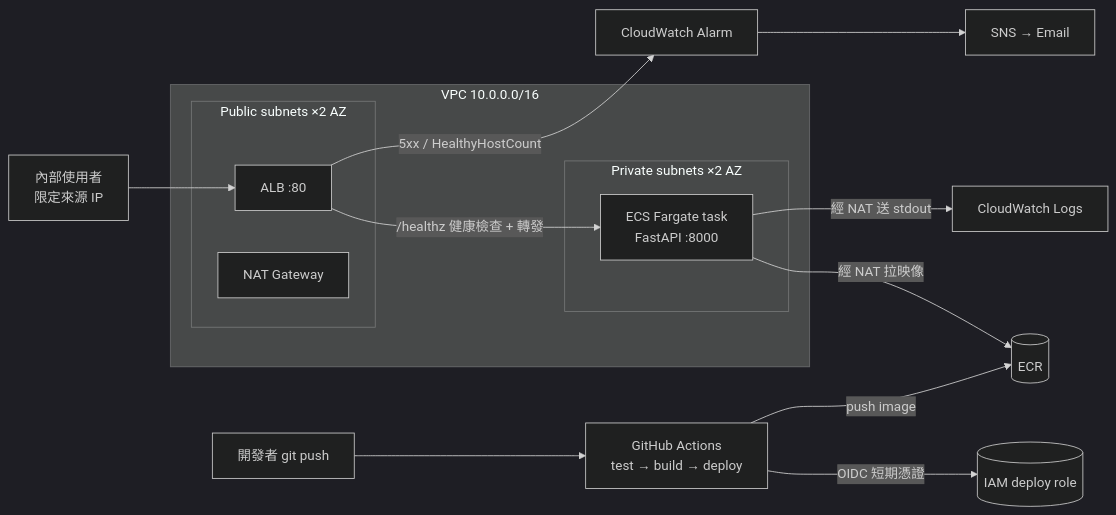
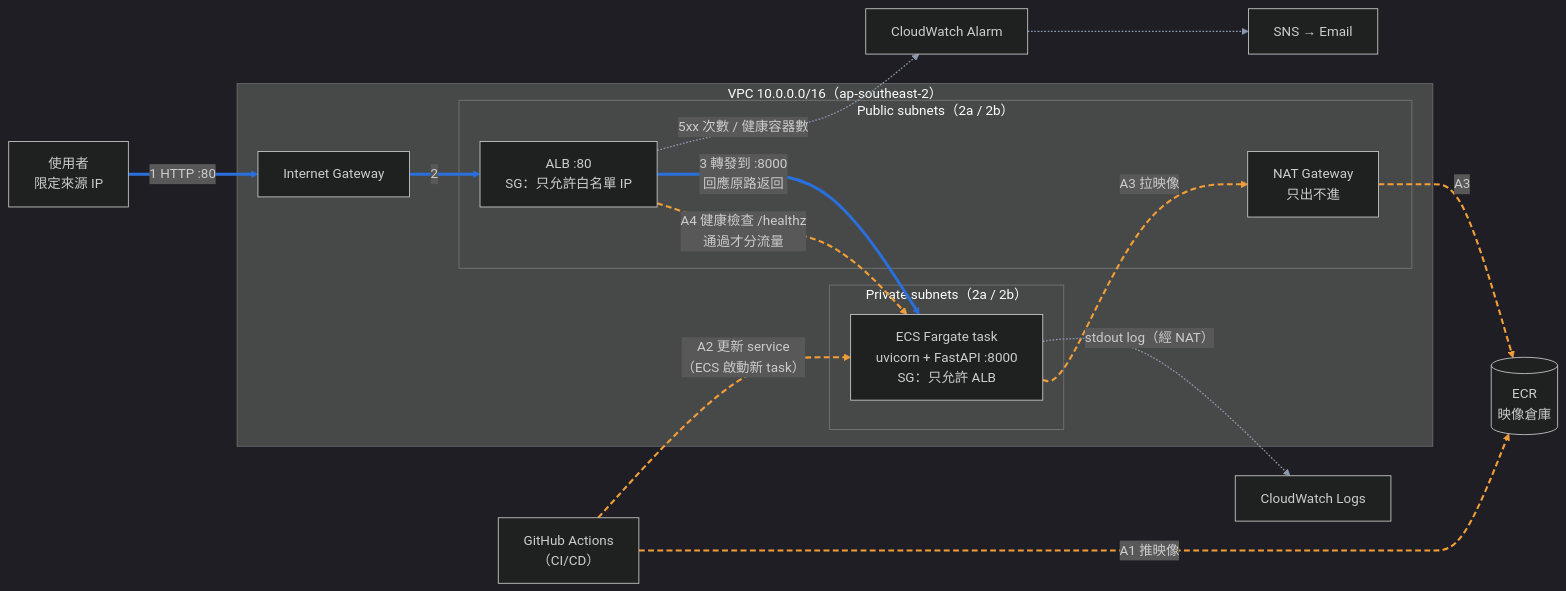
The first of 2 diagrams in README.md (lukehung-bot/orders-api), drawn with Mermaid (dark theme) before and after one commit. The commit also changed other lines of this file and 5 other files, not shown here.

````diff
--- a/README.md
+++ b/README.md
@@ -8,23 +14,39 @@
 ```mermaid
 flowchart LR
-  dev[開發者 git push] --> gha[GitHub Actions<br/>test → build → deploy]
-  gha -- OIDC 短期憑證 --> iam[(IAM deploy role)]
-  gha -- push image --> ecr[(ECR)]
-  user[內部使用者<br/>限定來源 IP] --> alb
+  gha["GitHub Actions<br/>（CI/CD）"]
+  ecr[("ECR<br/>映像倉庫")]
+  user["使用者<br/>限定來源 IP"]
 
-  subgraph vpc["VPC 10.0.0.0/16"]
-    subgraph pub["Public subnets ×2 AZ"]
-      alb[ALB :80]
-      nat[NAT Gateway]
+  subgraph vpc["VPC 10.0.0.0/16（ap-southeast-2）"]
+    igw["Internet Gateway"]
+    subgraph pub["Public subnets（2a / 2b）"]
+      alb["ALB :80<br/>SG：只允許白名單 IP"]
+      nat["NAT Gateway<br/>只出不進"]
     end
-    subgraph priv["Private subnets ×2 AZ"]
-      task[ECS Fargate task<br/>FastAPI :8000]
+    subgraph priv["Private subnets（2a / 2b）"]
+      task["ECS Fargate task<br/>uvicorn + FastAPI :8000<br/>SG：只允許 ALB"]
     end
   end
 
-  alb -- /healthz 健康檢查 + 轉發 --> task
-  task -- 經 NAT 拉映像 --> ecr
-  task -- 經 NAT 送 stdout --> logs[CloudWatch Logs]
-  alb -- 5xx / HealthyHostCount --> alarm[CloudWatch Alarm]
-  alarm --> sns[SNS → Email]
+  logs["CloudWatch Logs"]
+  alarm["CloudWatch Alarm"]
+  mail["SNS → Email"]
+
+  gha -- "A1 推映像" --> ecr
+  gha -- "A2 更新 service<br/>（ECS 啟動新 task）" --> task
+  task -- "A3 拉映像" --> nat
+  nat -- "A3" --> ecr
+  alb -- "A4 健康檢查 /healthz<br/>通過才分流量" --> task
+
+  user -- "1 HTTP :80" --> igw
+  igw -- "2" --> alb
+  alb -- "3 轉發到 :8000<br/>回應原路返回" --> task
+
+  task -. "stdout log（經 NAT）" .-> logs
+  alb -. "5xx 次數 / 健康容器數" .-> alarm
+  alarm -.-> mail
+
+  linkStyle 0,1,2,3,4 stroke:#F29E38,stroke-width:2.5px,stroke-dasharray:7 4
+  linkStyle 5,6,7 stroke:#2A6FDB,stroke-width:3.5px
+  linkStyle 8,9,10 stroke:#8D99AE,stroke-width:1.5px
 ```
````
